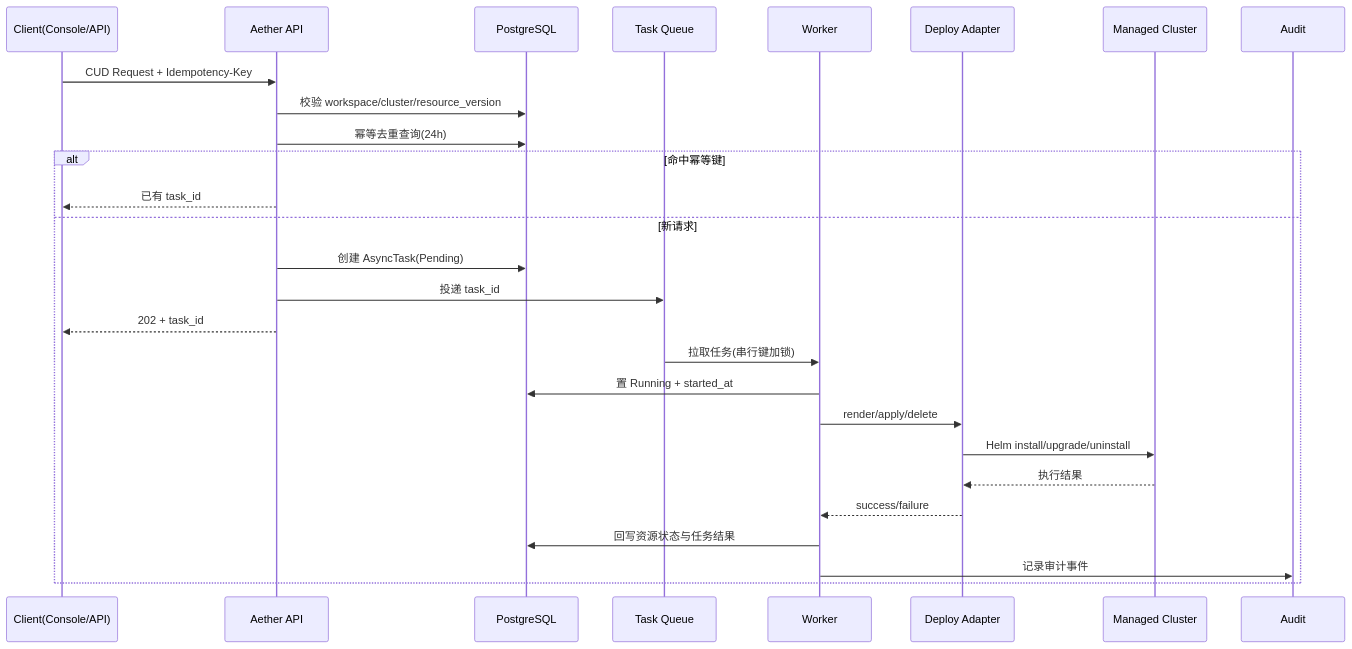
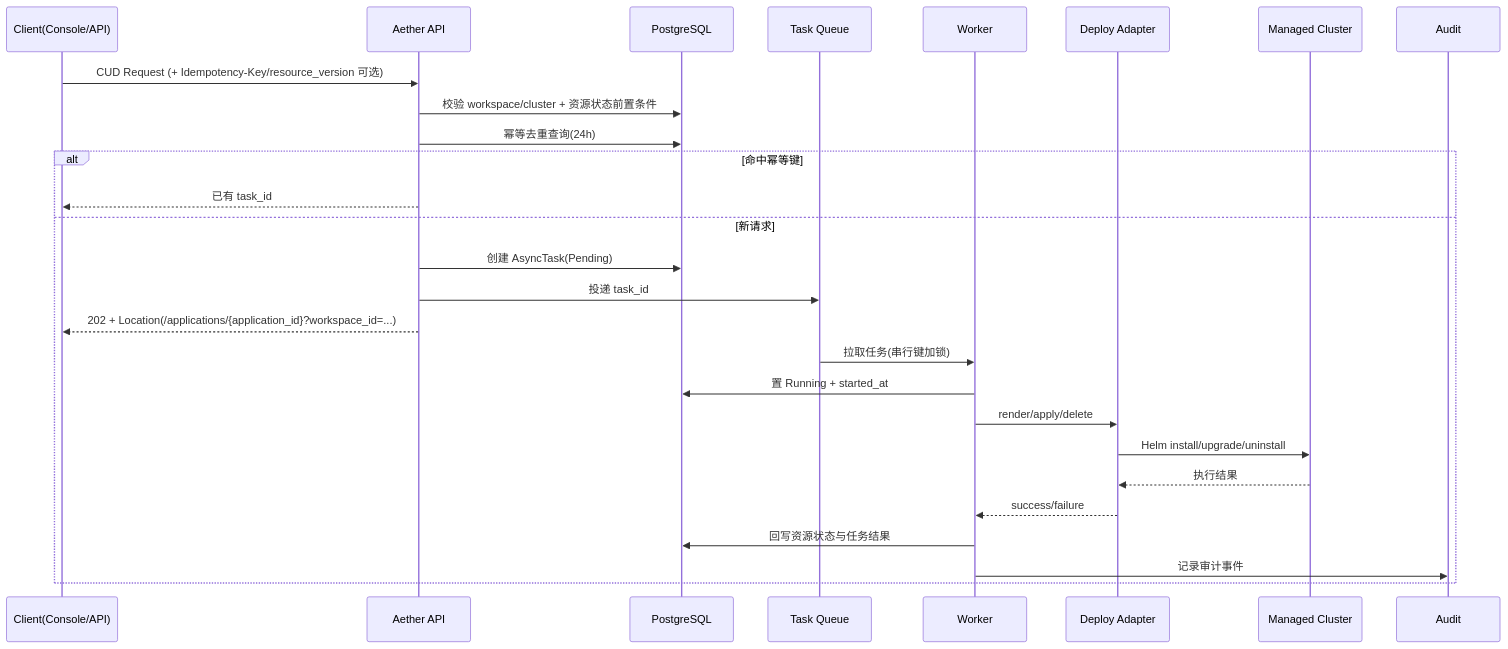
One commit to sentanl869/aether changed the fourth of 25 diagrams in docs/design.md. Above: the diagram before and after it, drawn with Mermaid. The commit also changed other lines of this file and 2 other files, not shown here.

Commit message:
UPDATE]Complete T25 async-contract convergence (task internalization and hook extensibility) across design, decision, and task tracking docs

````diff
--- a/docs/design.md
+++ b/docs/design.md
@@ -415,30 +416,30 @@
 ```mermaid
 sequenceDiagram
   participant Client as Client(Console/API)
   participant API as Aether API
   participant DB as PostgreSQL
   participant Q as Task Queue
   participant W as Worker
   participant AD as Deploy Adapter
   participant K8S as Managed Cluster
   participant AUD as Audit
 
-  Client->>API: CUD Request + Idempotency-Key
-  API->>DB: 校验 workspace/cluster/resource_version
+  Client->>API: CUD Request (+ Idempotency-Key/resource_version 可选)
+  API->>DB: 校验 workspace/cluster + 资源状态前置条件
   API->>DB: 幂等去重查询(24h)
   alt 命中幂等键
     API-->>Client: 已有 task_id
   else 新请求
     API->>DB: 创建 AsyncTask(Pending)
     API->>Q: 投递 task_id
-    API-->>Client: 202 + task_id
+    API-->>Client: 202 + Location(/applications/{application_id}?workspace_id=...)
     Q->>W: 拉取任务(串行键加锁)
     W->>DB: 置 Running + started_at
     W->>AD: render/apply/delete
     AD->>K8S: Helm install/upgrade/uninstall
     K8S-->>AD: 执行结果
     AD-->>W: success/failure
     W->>DB: 回写资源状态与任务结果
     W->>AUD: 记录审计事件
   end
 ```
````
